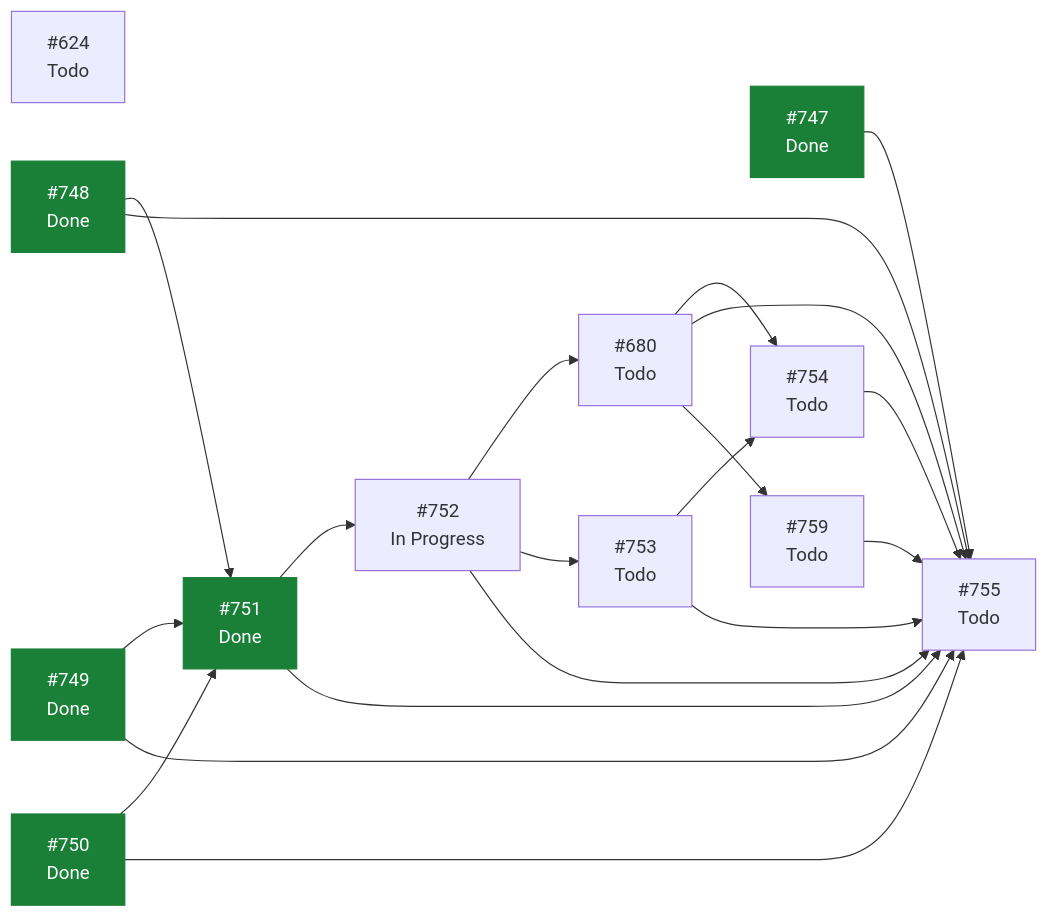
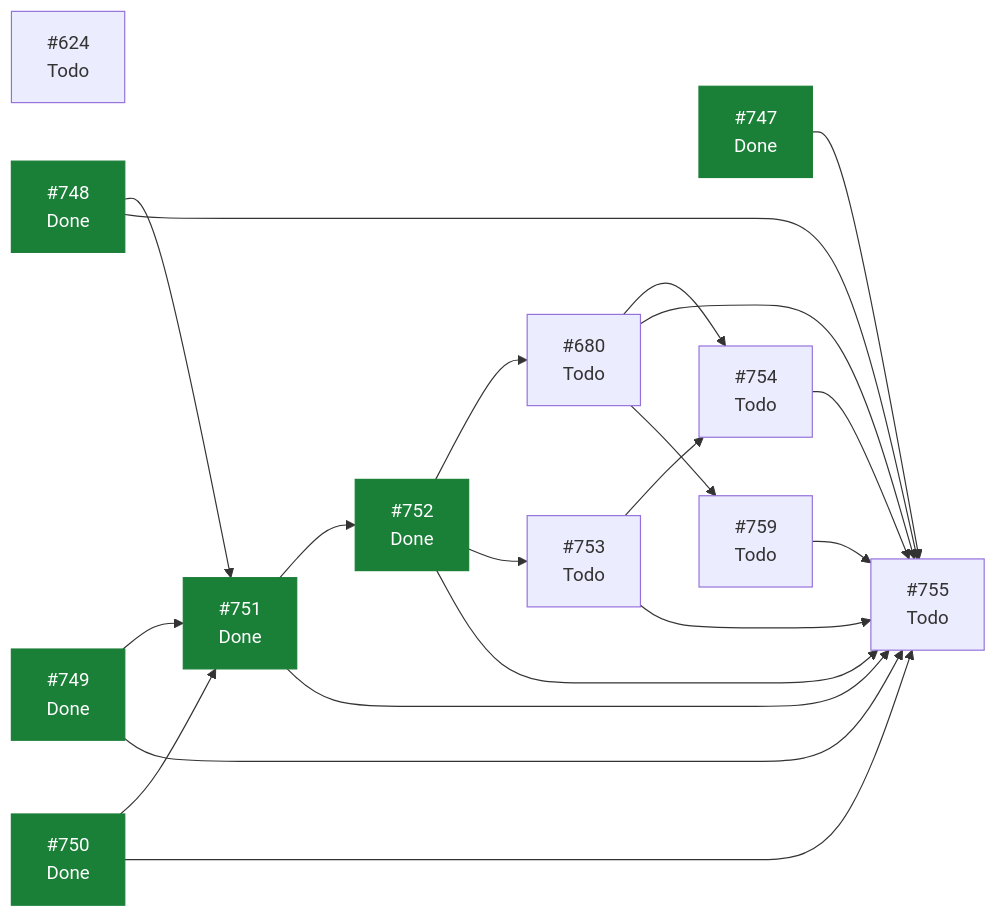
Before and after one commit to ecamp0s/evault: the diagram in docs/planning/STATUS.md, drawn with Mermaid. The commit also changed other lines of this file, not shown here.

````diff
--- a/docs/planning/STATUS.md
+++ b/docs/planning/STATUS.md
@@ -97,36 +98,36 @@
 ```mermaid
 graph LR
   I624["#624<br/>Todo"]
   I680["#680<br/>Todo"]
   I747["#747<br/>Done"]
   I748["#748<br/>Done"]
   I749["#749<br/>Done"]
   I750["#750<br/>Done"]
   I751["#751<br/>Done"]
-  I752["#752<br/>In Progress"]
+  I752["#752<br/>Done"]
   I753["#753<br/>Todo"]
   I754["#754<br/>Todo"]
   I755["#755<br/>Todo"]
   I759["#759<br/>Todo"]
   I680 --> I754
   I680 --> I755
   I680 --> I759
   I747 --> I755
   I748 --> I751
   I748 --> I755
   I749 --> I751
   I749 --> I755
   I750 --> I751
   I750 --> I755
   I751 --> I752
   I751 --> I755
   I752 --> I680
   I752 --> I753
   I752 --> I755
   I753 --> I754
   I753 --> I755
   I754 --> I755
   I759 --> I755
   classDef hecho fill:#1a7f37,stroke:#1a7f37,color:#fff;
-  class I747,I748,I749,I750,I751 hecho;
+  class I747,I748,I749,I750,I751,I752 hecho;
 ```
````
